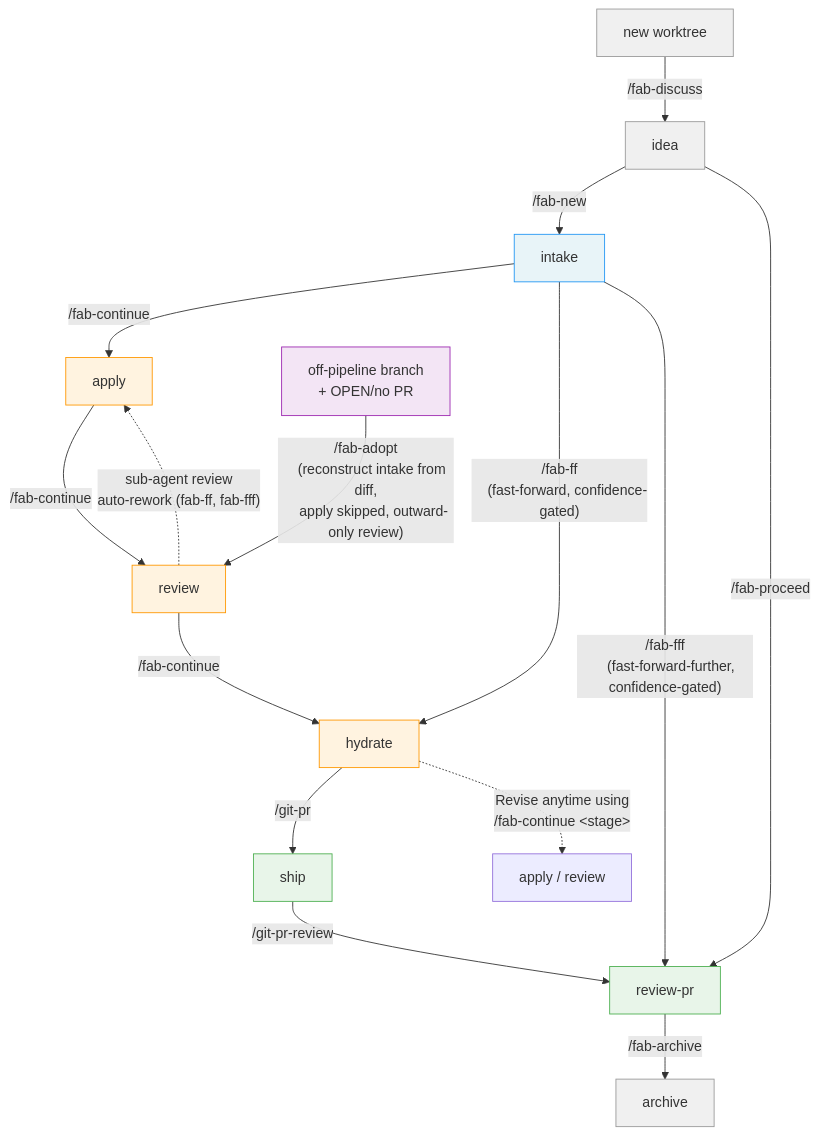
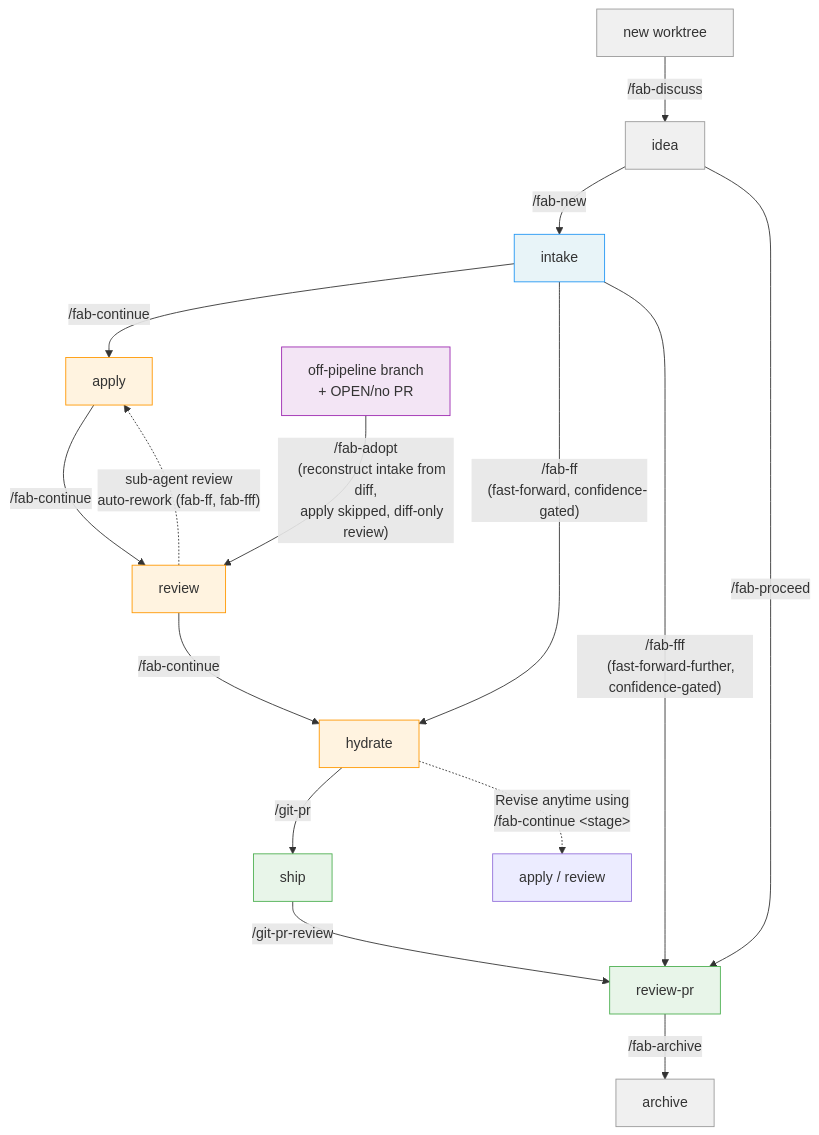
Before and after one commit to sahil87/fab-kit: the second of 4 diagrams in docs/specs/user-flow.md, drawn with Mermaid. The commit also changed other lines of this file and 27 other files, not shown here.

````diff
--- a/docs/specs/user-flow.md
+++ b/docs/specs/user-flow.md
@@ -40,46 +40,46 @@
 ```mermaid
 flowchart TD
     WT[new worktree] -->|"/fab-discuss"| IDEA[idea]
     IDEA -->|"/fab-new"| B[intake]
     B -->|"/fab-continue"| A[apply]
     A -->|"/fab-continue"| R[review]
     R -->|"/fab-continue"| H[hydrate]
     H -->|"/git-pr"| SH[ship]
     SH -->|"/git-pr-review"| RP[review-pr]
 
     %% Post-pipeline housekeeping
     RP -->|"/fab-archive"| AR[archive]
 
     %% Shortcuts
     B -->|"/fab-ff
     (fast-forward, confidence-gated)"| H
     B -->|"/fab-fff
     (fast-forward-further, confidence-gated)"| RP
     IDEA -->|"/fab-proceed"| RP
 
     %% Adoption — alternate entry for off-pipeline work (apply skipped)
     OFF[off-pipeline branch
     + OPEN/no PR] -->|"/fab-adopt
     (reconstruct intake from diff,
-    apply skipped, outward-only review)"| R
+    apply skipped, diff-only review)"| R
     style OFF fill:#f3e5f5,stroke:#9C27B0
 
     %% Apply-review loop (sub-agent review with auto-rework)
     R -.->|"sub-agent review
     auto-rework (fab-ff, fab-fff)"| A
 
     %% Rework (reset to any earlier stage)
     H -.->|"Revise anytime using
     /fab-continue &lt;stage&gt;"| REWORK["apply / review"]
 
     %% Styles
     style WT fill:#f0f0f0,stroke:#999
     style IDEA fill:#f0f0f0,stroke:#999
     style B fill:#e8f4f8,stroke:#2196F3
     style A fill:#fff3e0,stroke:#FF9800
     style R fill:#fff3e0,stroke:#FF9800
     style H fill:#fff3e0,stroke:#FF9800
     style SH fill:#e8f5e9,stroke:#4CAF50
     style RP fill:#e8f5e9,stroke:#4CAF50
     style AR fill:#f0f0f0,stroke:#999
 ```
````
